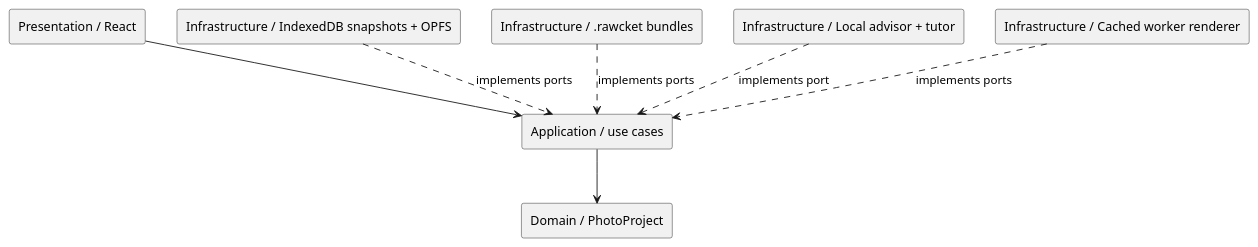
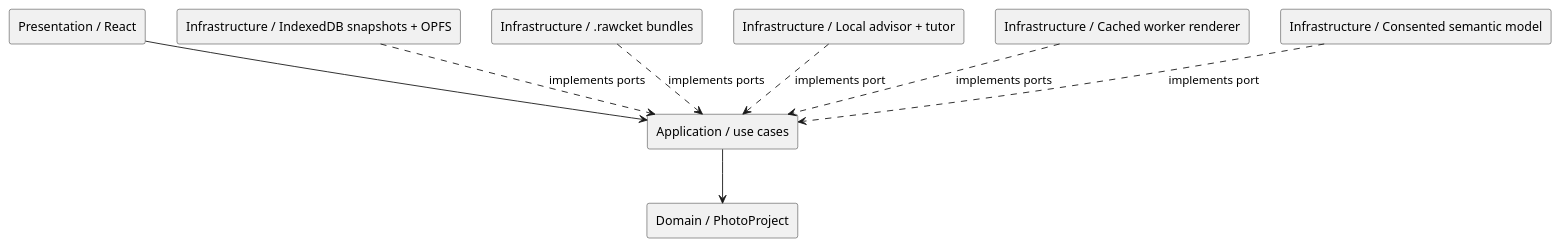
The diagram in docs/architecture.puml (haskou/RAWcket), drawn with PlantUML before and after one commit. The commit also changed 24 other files, not shown here.

Commit message:
feat(ai): ✨ Add consented local semantic masks

```diff
--- a/docs/architecture.puml
+++ b/docs/architecture.puml
@@ -1,17 +1,19 @@
 @startuml
 skinparam componentStyle rectangle
 component "Presentation / React" as Presentation
 component "Application / use cases" as Application
 component "Domain / PhotoProject" as Domain
 component "Infrastructure / IndexedDB snapshots + OPFS" as Persistence
 component "Infrastructure / .rawcket bundles" as Bundles
 component "Infrastructure / Local advisor + tutor" as Advisor
 component "Infrastructure / Cached worker renderer" as Renderer
+component "Infrastructure / Consented semantic model" as Semantic
 
 Presentation --> Application
 Application --> Domain
 Persistence ..> Application : implements ports
 Bundles ..> Application : implements ports
 Advisor ..> Application : implements port
 Renderer ..> Application : implements ports
+Semantic ..> Application : implements port
 @enduml
```
